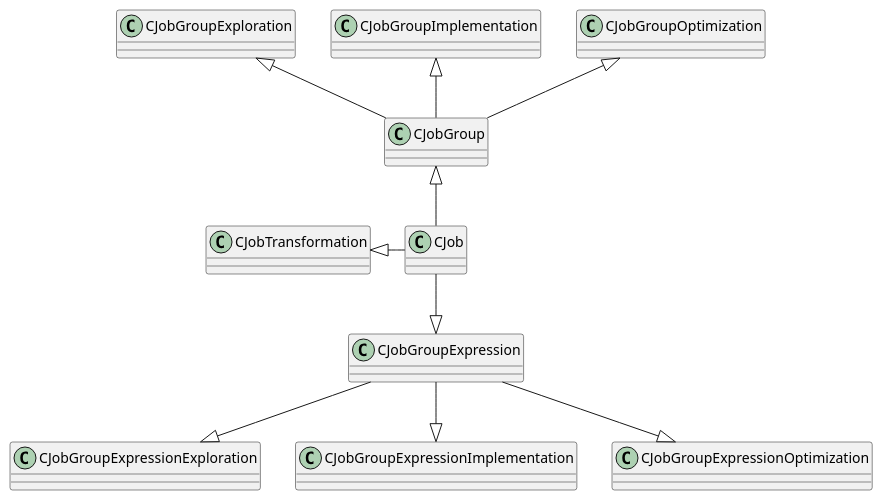
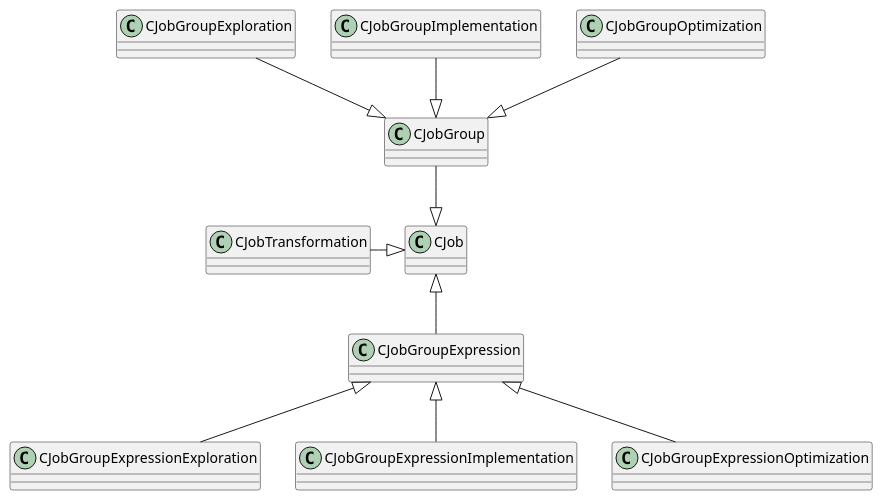
The second of 4 diagrams in doc/DB/ORCA/Search_JobScheduler.md (DepInjoy/geektime), drawn with PlantUML before and after one commit.

Commit message:
ORCA类图修改

````diff
--- a/doc/DB/ORCA/Search_JobScheduler.md
+++ b/doc/DB/ORCA/Search_JobScheduler.md
@@ -48,15 +48,15 @@
 ```plantuml
 @startuml
-CJobGroup <|-- CJob
-CJobGroupExploration <|-- CJobGroup
-CJobGroupImplementation <|-- CJobGroup
-CJobGroupOptimization <|-- CJobGroup
+CJobGroup --|> CJob
+CJobGroupExploration --|> CJobGroup
+CJobGroupImplementation --|> CJobGroup
+CJobGroupOptimization --|> CJobGroup
 
-CJobTransformation <|- CJob
+CJobTransformation -right-|> CJob
 
-CJob --|> CJobGroupExpression
-CJobGroupExpression --|> CJobGroupExpressionExploration
-CJobGroupExpression --|> CJobGroupExpressionImplementation
-CJobGroupExpression --|> CJobGroupExpressionOptimization
+CJob <|-- CJobGroupExpression
+CJobGroupExpression <|-- CJobGroupExpressionExploration
+CJobGroupExpression <|-- CJobGroupExpressionImplementation
+CJobGroupExpression <|-- CJobGroupExpressionOptimization
 @enduml
 ```
````
